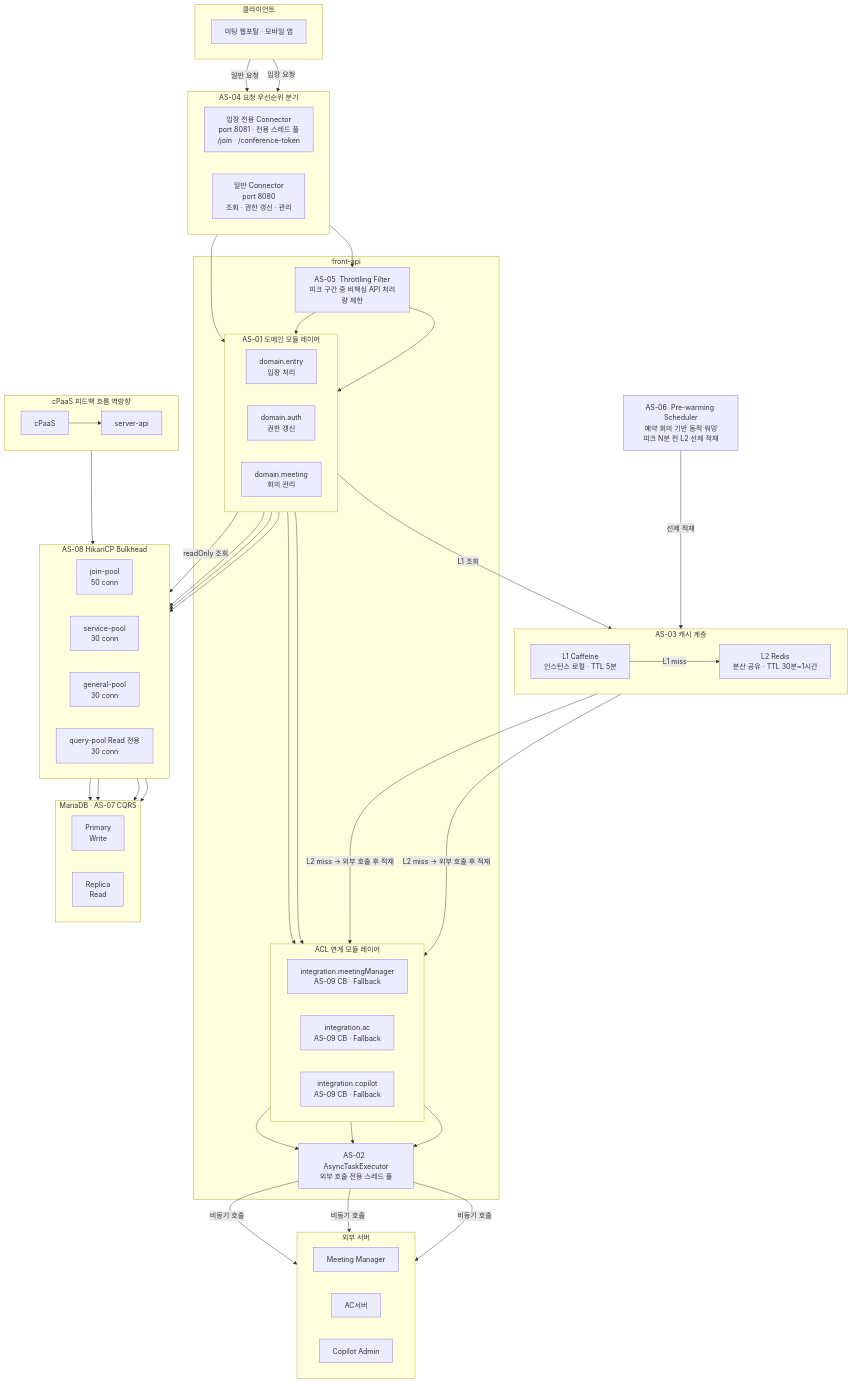
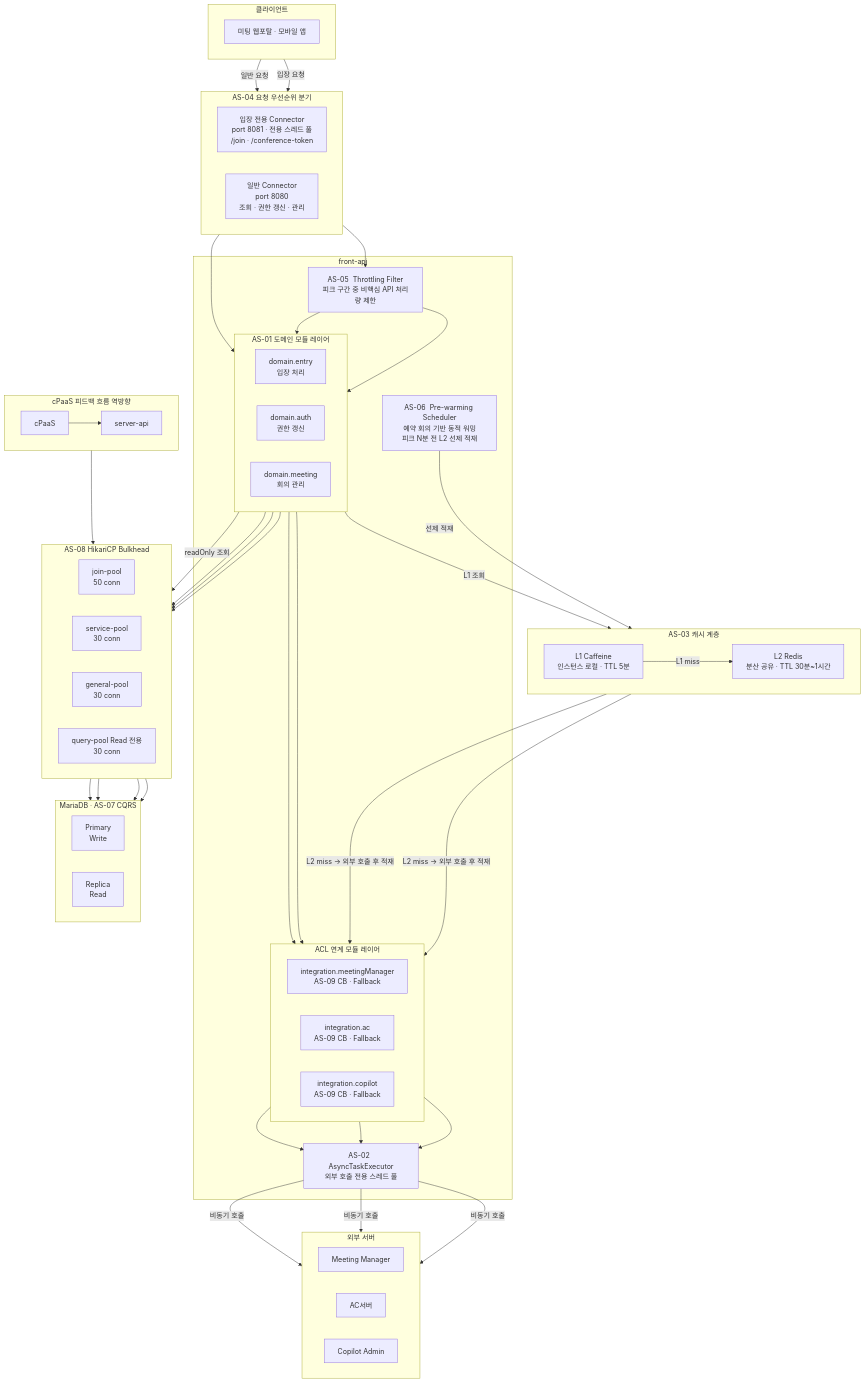
One commit to sujinnkim/A_Personal changed the diagram in report/4/4.1-개념아키텍처.md. Above: the diagram before and after it, drawn with Mermaid.

Commit message:
fix: AS-06 Pre-warming Scheduler를 front-api 서브그래프 내부로 이동
Spring @Scheduled 컴포넌트로서 front-api 애플리케이션 내부에서
동작하는 구성요소이므로 front-api 경계 밖에 있던 위치를 수정

```diff
--- a/report/4/4.1-개념아키텍처.md
+++ b/report/4/4.1-개념아키텍처.md
@@ -35,6 +35,8 @@
         end
 
         ASYNC["AS-02  AsyncTaskExecutor\n외부 호출 전용 스레드 풀"]
+
+        PREWARM["AS-06  Pre-warming Scheduler\n예약 회의 기반 동적 워밍\n피크 N분 전 L2 선제 적재"]
     end
 
     subgraph CACHE_LAYER["AS-03  캐시 계층"]
@@ -42,8 +44,6 @@
         L1["L1 Caffeine\n인스턴스 로컬 · TTL 5분"]
         L2["L2 Redis\n분산 공유 · TTL 30분~1시간"]
     end
-
-    PREWARM["AS-06  Pre-warming Scheduler\n예약 회의 기반 동적 워밍\n피크 N분 전 L2 선제 적재"]
 
     subgraph BULKHEAD["AS-08  HikariCP Bulkhead"]
         direction LR
```
